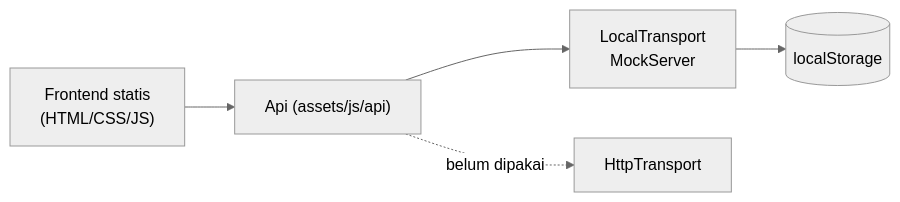
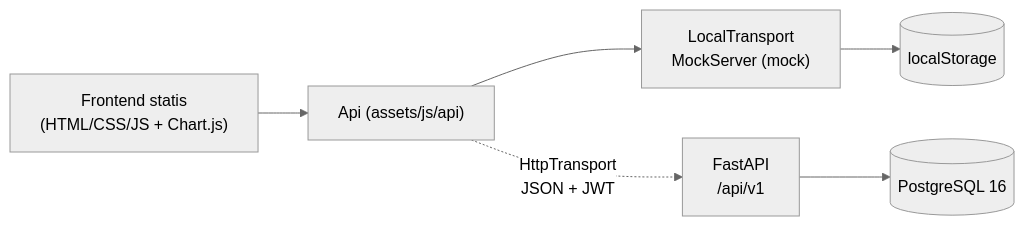
Before and after one commit to whoskavic/LMS: the diagram in README.md, drawn with Mermaid (neutral theme). The commit also changed other lines of this file and 38 other files, not shown here.

First line of the commit message:
feat(backend): add FastAPI skeleton, full schema migration, docker compose, CI, and ERD (#3)

````diff
--- a/README.md
+++ b/README.md
@@ -35,7 +34,8 @@
 ```mermaid
 flowchart LR
-  Browser["Frontend statis<br/>(HTML/CSS/JS)"] --> Api["Api (assets/js/api)"]
-  Api --> Local["LocalTransport<br/>MockServer"]
+  Browser["Frontend statis<br/>(HTML/CSS/JS + Chart.js)"] --> Api["Api (assets/js/api)"]
+  Api --> Local["LocalTransport<br/>MockServer (mock)"]
   Local --> LS[("localStorage")]
-  Api -. "belum dipakai" .-> Http["HttpTransport"]
+  Api -. "HttpTransport<br/>JSON + JWT" .-> API["FastAPI<br/>/api/v1"]
+  API --> PG[("PostgreSQL 16")]
 ```
````
